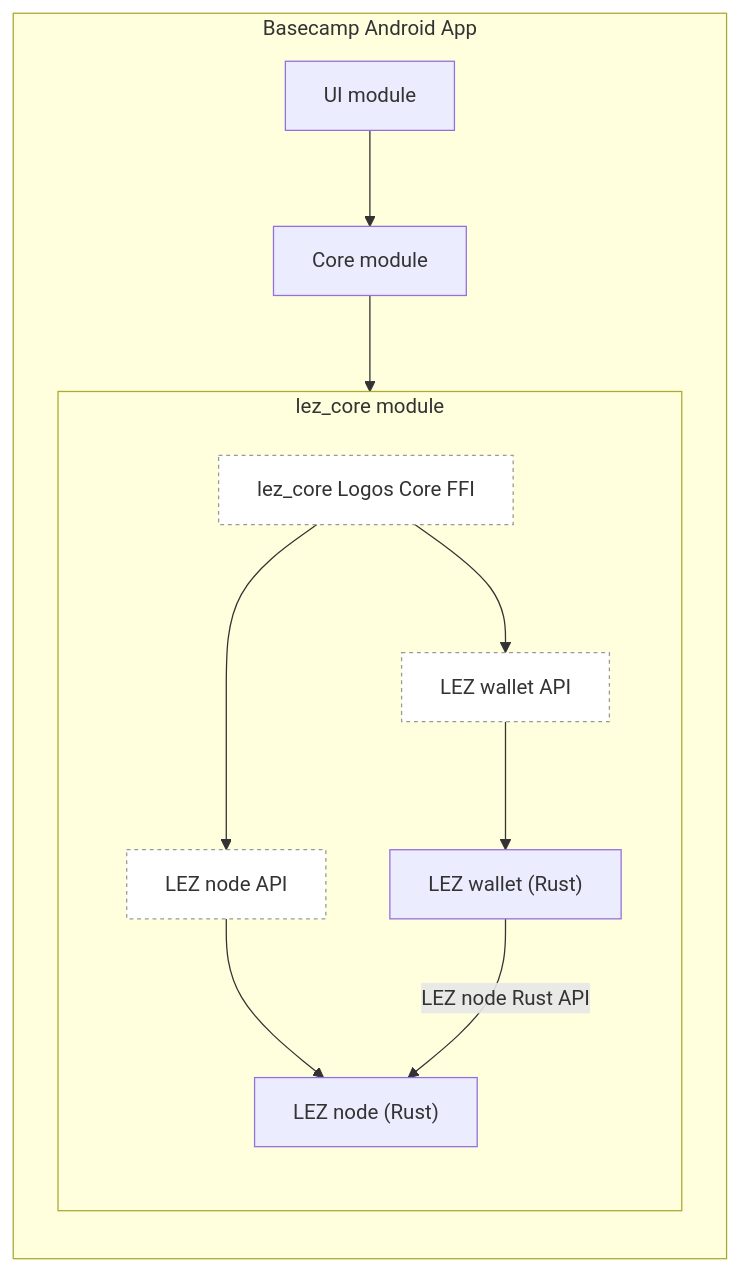
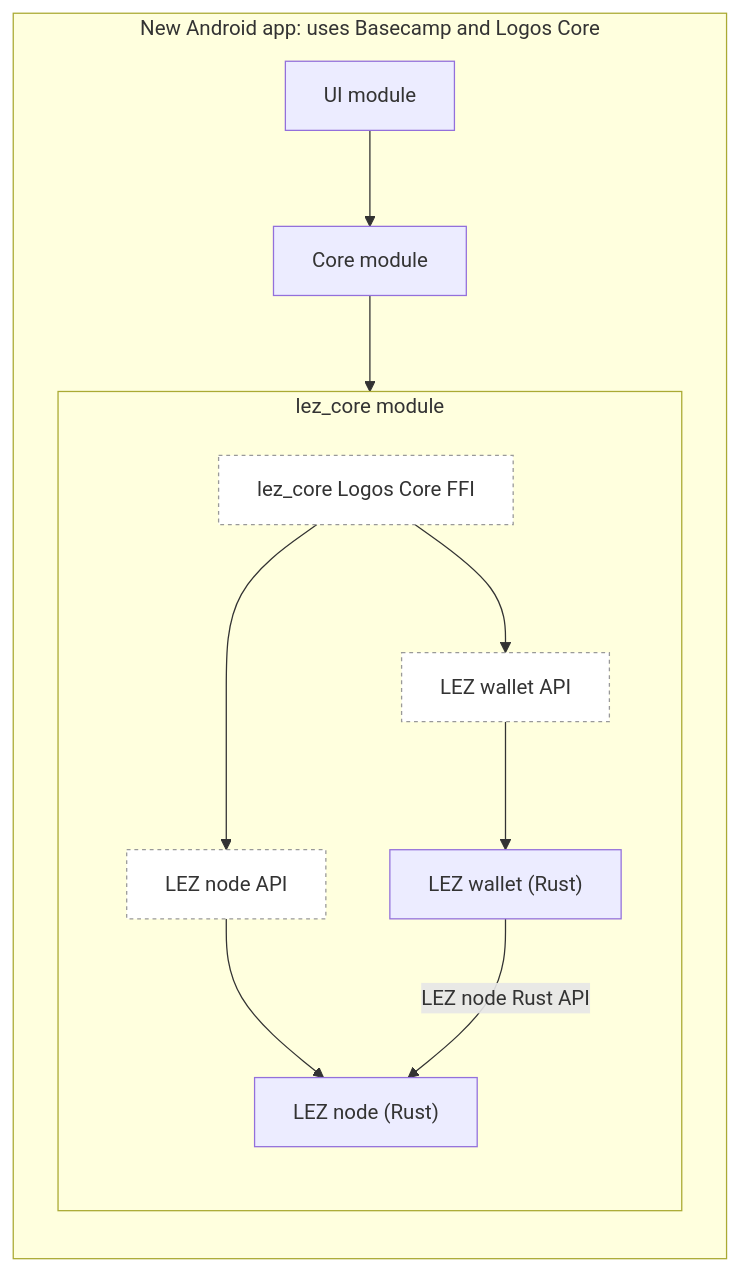
The fourth of 4 diagrams in RFPs/RFP-027-lez-node-api.md (logos-co/rfp), drawn with Mermaid before and after one commit. The commit also changed other lines of this file, not shown here.

First line of the commit message:
Title the diagrams by what an app is, and state the recommended path

````diff
--- a/RFPs/RFP-027-lez-node-api.md
+++ b/RFPs/RFP-027-lez-node-api.md
@@ -249,28 +255,28 @@
 ```mermaid
 flowchart TB
-  subgraph android["Basecamp Android App"]
+  subgraph android["New Android app: uses Basecamp and Logos Core"]
     direction TB
     appUi["UI module"] --> appCore["Core module"]
 
     subgraph lezmod["lez_core module"]
       direction TB
       ffi["lez_core Logos Core FFI"]
       walletApi["LEZ wallet API"]
       nodeApi["LEZ node API"]
       wallet["LEZ wallet (Rust)"]
       node["LEZ node (Rust)"]
 
       ffi --> walletApi
       ffi --> nodeApi
       walletApi --> wallet
       nodeApi --> node
       wallet -- "LEZ node Rust API" --> node
     end
 
     appCore --> ffi
   end
 
   style ffi fill:#ffffff,stroke:#999999,stroke-dasharray:3 3
   style walletApi fill:#ffffff,stroke:#999999,stroke-dasharray:3 3
   style nodeApi fill:#ffffff,stroke:#999999,stroke-dasharray:3 3
 ```
````
